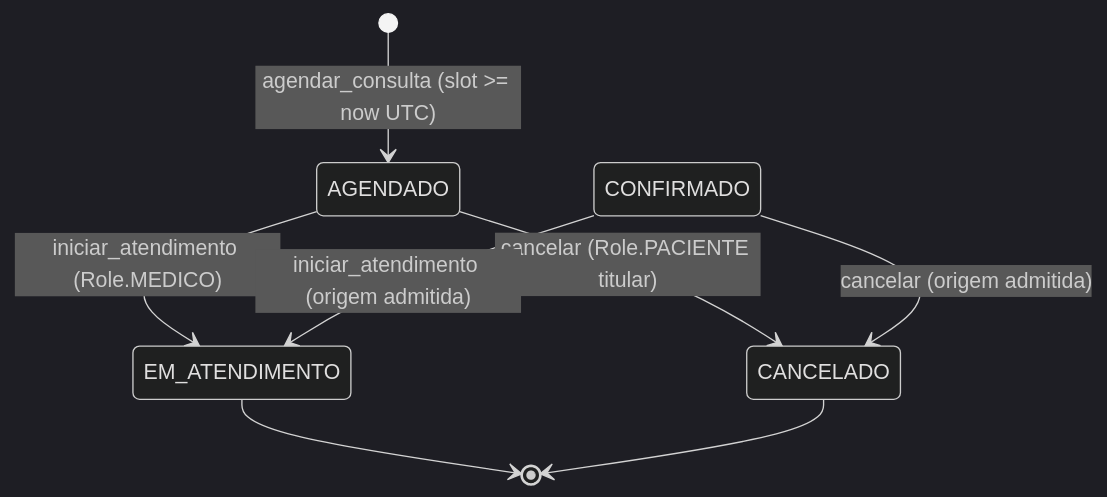
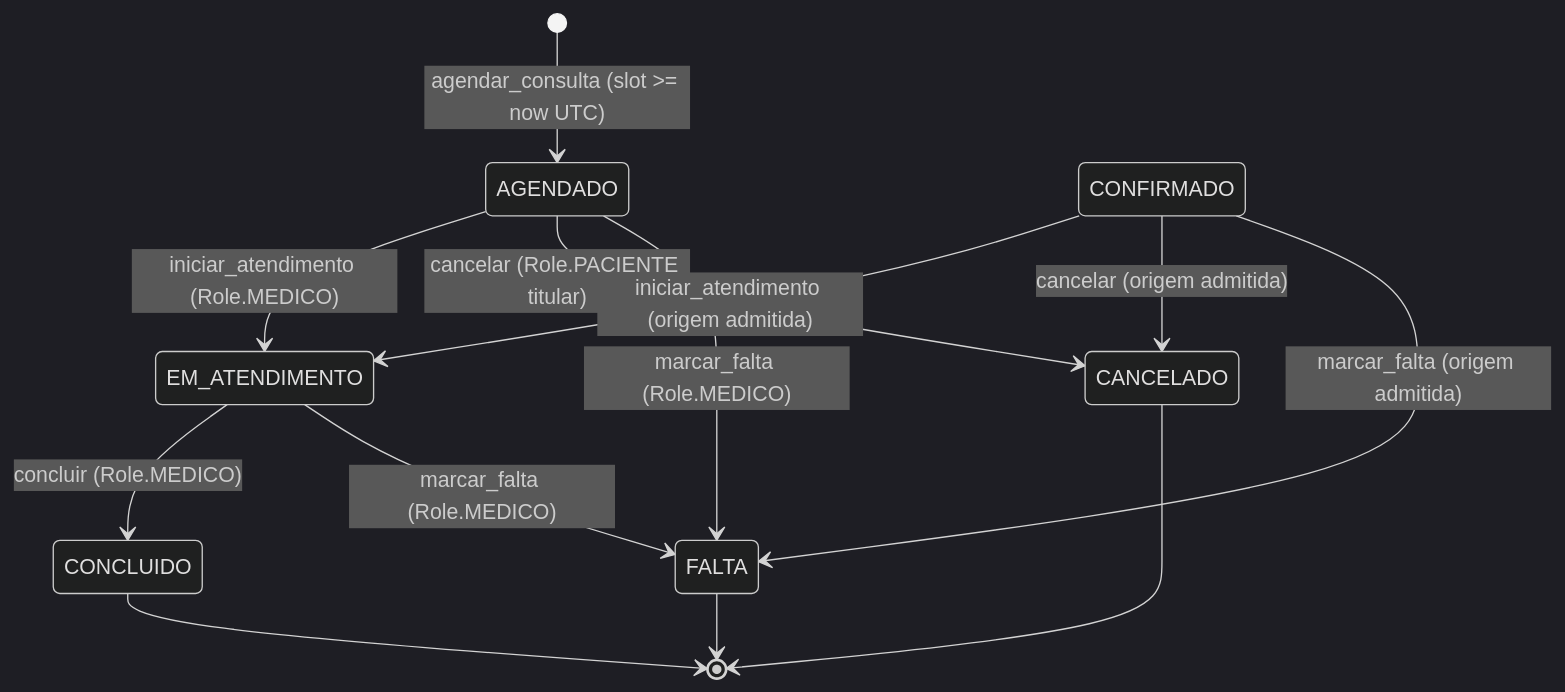
Before and after one commit to Rafaelp122/medisync: the diagram in docs/explanation/domains/scheduling-domain.md, drawn with Mermaid (dark theme). The commit also changed other lines of this file and 28 other files, not shown here.

````diff
--- a/docs/explanation/domains/scheduling-domain.md
+++ b/docs/explanation/domains/scheduling-domain.md
@@ -25,10 +25,15 @@
 ```mermaid
 stateDiagram-v2
     [*] --> AGENDADO: agendar_consulta (slot >= now UTC)
     AGENDADO --> EM_ATENDIMENTO: iniciar_atendimento (Role.MEDICO)
     AGENDADO --> CANCELADO: cancelar (Role.PACIENTE titular)
+    AGENDADO --> FALTA: marcar_falta (Role.MEDICO)
     CONFIRMADO --> EM_ATENDIMENTO: iniciar_atendimento (origem admitida)
     CONFIRMADO --> CANCELADO: cancelar (origem admitida)
-    EM_ATENDIMENTO --> [*]
+    CONFIRMADO --> FALTA: marcar_falta (origem admitida)
+    EM_ATENDIMENTO --> CONCLUIDO: concluir (Role.MEDICO)
+    EM_ATENDIMENTO --> FALTA: marcar_falta (Role.MEDICO)
+    CONCLUIDO --> [*]
     CANCELADO --> [*]
+    FALTA --> [*]
 ```
````
